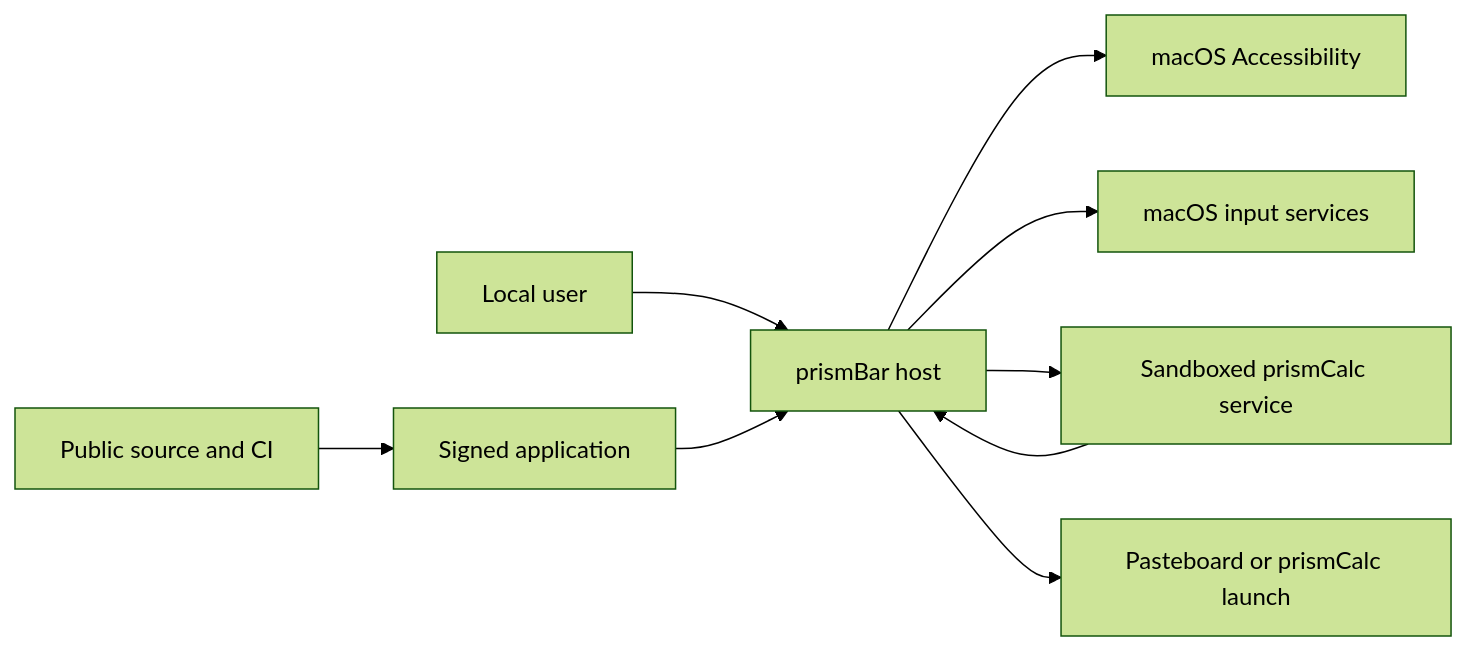
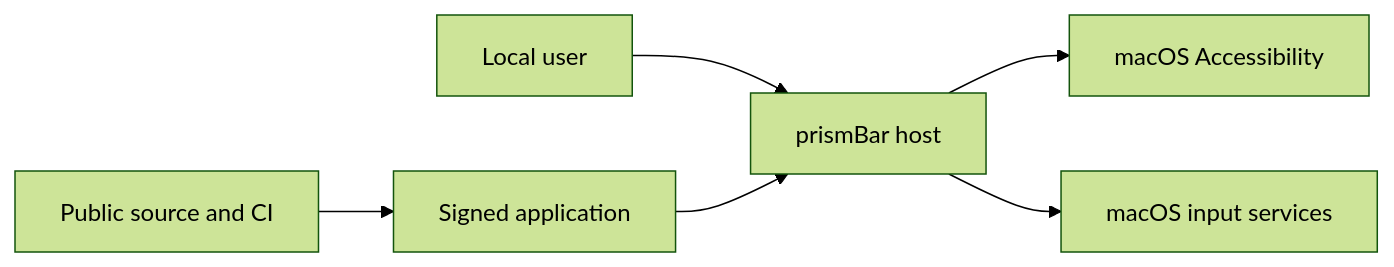
One commit to plac9/prismBar changed the diagram in prismBar-threat-model.md. Above: the diagram before and after it, drawn with Mermaid (forest theme). The commit also changed other lines of this file and 13 other files, not shown here.

````diff
--- a/prismBar-threat-model.md
+++ b/prismBar-threat-model.md
@@ -66,11 +64,8 @@
 ```mermaid
 flowchart LR
     U["Local user"] --> H["prismBar host"]
     H --> AX["macOS Accessibility"]
     H --> CG["macOS input services"]
-    H --> XPC["Sandboxed prismCalc service"]
-    XPC --> H
-    H --> PB["Pasteboard or prismCalc launch"]
     SRC["Public source and CI"] --> APP["Signed application"]
     APP --> H
 ```
````
